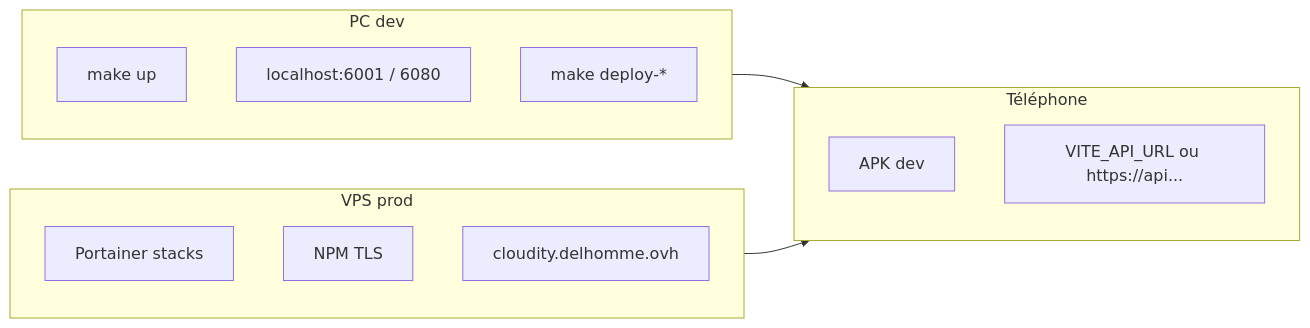
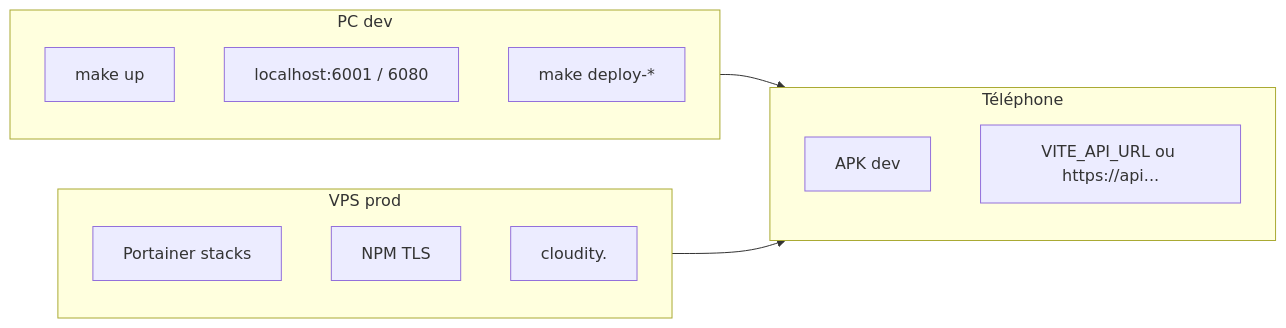
The diagram in docs/operations/DEPLOIEMENT-ENVIRONNEMENTS.md (PavelDelhomme/Cloudity), drawn with Mermaid before and after one commit. The commit also changed other lines of this file and 16 other files, not shown here.

````diff
--- a/docs/operations/DEPLOIEMENT-ENVIRONNEMENTS.md
+++ b/docs/operations/DEPLOIEMENT-ENVIRONNEMENTS.md
@@ -33,19 +33,19 @@
 ```mermaid
 flowchart LR
   subgraph local [PC dev]
     L1[make up]
     L2[localhost:6001 / 6080]
     L3[make deploy-*]
   end
   subgraph vps [VPS prod]
     P1[Portainer stacks]
     P2[NPM TLS]
-    P3[cloudity.delhomme.ovh]
+    P3[cloudity.<domaine-principal>]
   end
   subgraph mobile [Téléphone]
     M1[APK dev]
     M2[VITE_API_URL ou https://api...]
   end
   local --> mobile
   vps --> mobile
 ```
````
